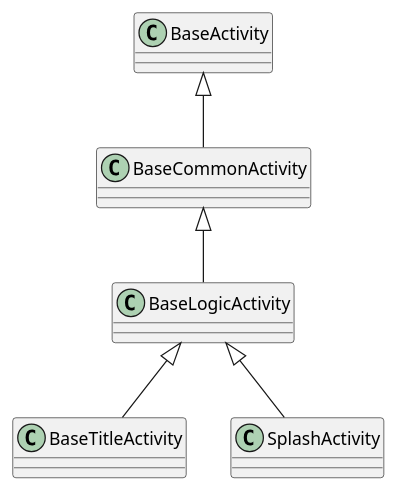
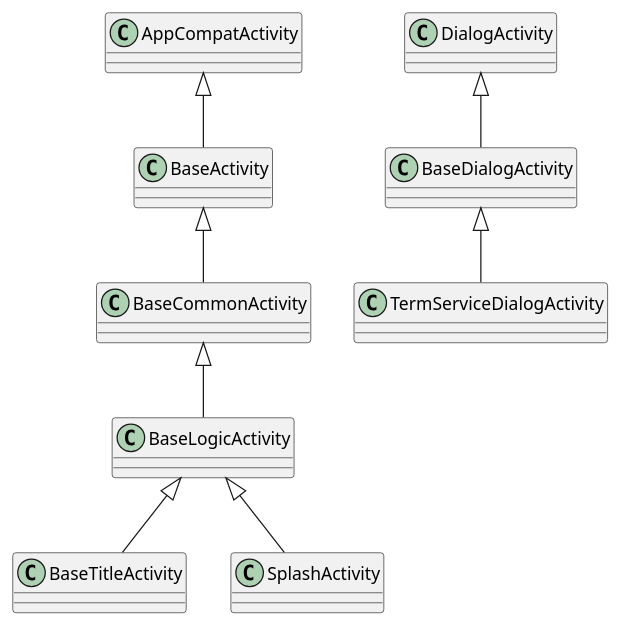
The diagram in class.puml (boredommaker/cloud-music-java-self), drawn with PlantUML before and after one commit. The commit also changed 9 other files, not shown here.

```diff
--- a/class.puml
+++ b/class.puml
@@ -1,10 +1,12 @@
 @startuml
 'https://plantuml.com/class-diagram
 
-
+AppCompatActivity    <|--    BaseActivity
 BaseActivity         <|--    BaseCommonActivity
 BaseCommonActivity   <|--    BaseLogicActivity
 BaseLogicActivity    <|--    BaseTitleActivity
 BaseLogicActivity    <|--    SplashActivity
 
+DialogActivity       <|--    BaseDialogActivity
+BaseDialogActivity   <|--    TermServiceDialogActivity
 @enduml
```
